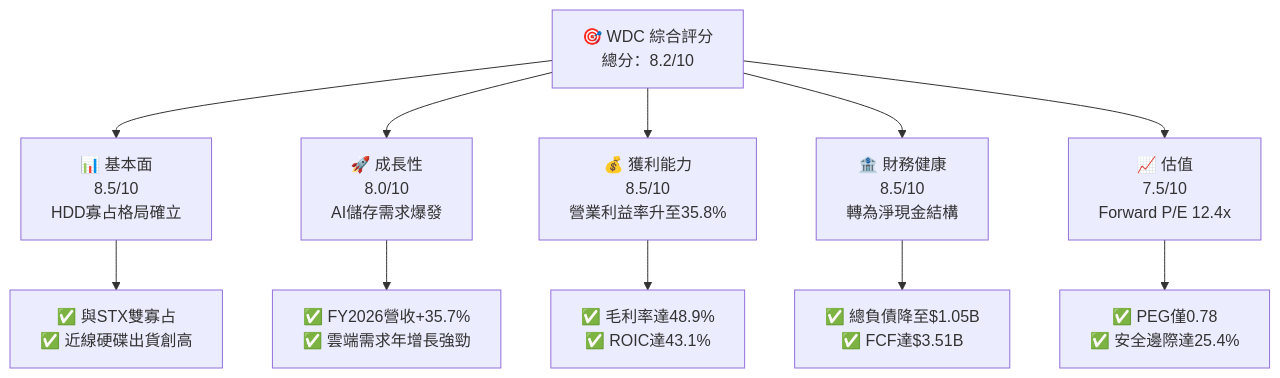
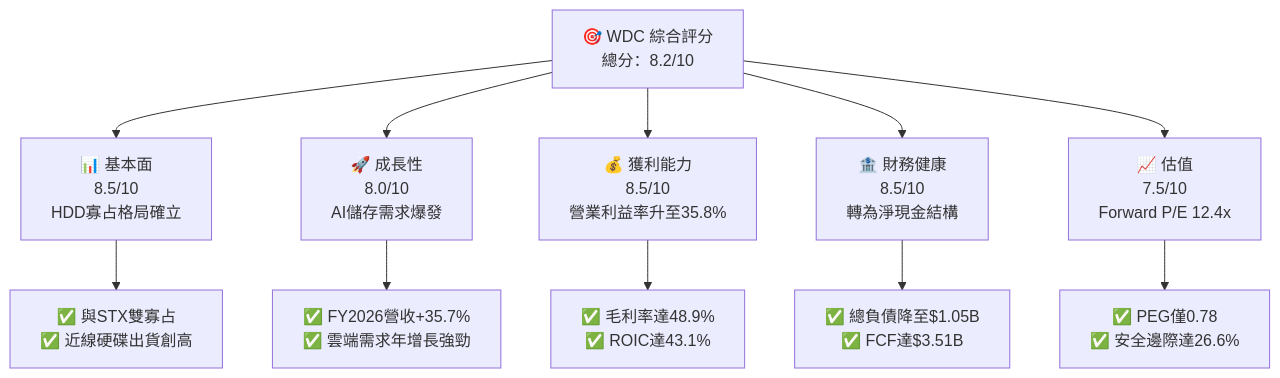
The first of 15 diagrams in ai_gen_report/fundamental/wdc/fundamental_analysis_2026-10-11_gemini.md (yennanliu/finance_data), drawn with Mermaid before and after one commit. The commit also changed other lines of this file and 339 other files, not shown here.

````diff
--- a/ai_gen_report/fundamental/wdc/fundamental_analysis_2026-10-11_gemini.md
+++ b/ai_gen_report/fundamental/wdc/fundamental_analysis_2026-10-11_gemini.md
@@ -58,22 +65,22 @@
 ```mermaid
 graph TD
     TICKER["🎯 WDC 綜合評分<br/>總分：8.2/10"]
 
     F["📊 基本面<br/>8.5/10<br/>HDD寡占格局確立"]
     G["🚀 成長性<br/>8.0/10<br/>AI儲存需求爆發"]
     P["💰 獲利能力<br/>8.5/10<br/>營業利益率升至35.8%"]
     B["🏦 財務健康<br/>8.5/10<br/>轉為淨現金結構"]
     V["📈 估值<br/>7.5/10<br/>Forward P/E 12.4x"]
 
     TICKER --> F
     TICKER --> G
     TICKER --> P
     TICKER --> B
     TICKER --> V
 
     F --> F1["✅ 與STX雙寡占<br/>✅ 近線硬碟出貨創高"]
     G --> G1["✅ FY2026營收+35.7%<br/>✅ 雲端需求年增長強勁"]
     P --> P1["✅ 毛利率達48.9%<br/>✅ ROIC達43.1%"]
     B --> B1["✅ 總負債降至$1.05B<br/>✅ FCF達$3.51B"]
-    V --> V1["✅ PEG僅0.78<br/>✅ 安全邊際達25.4%"]
+    V --> V1["✅ PEG僅0.78<br/>✅ 安全邊際達26.6%"]
 ```
````
